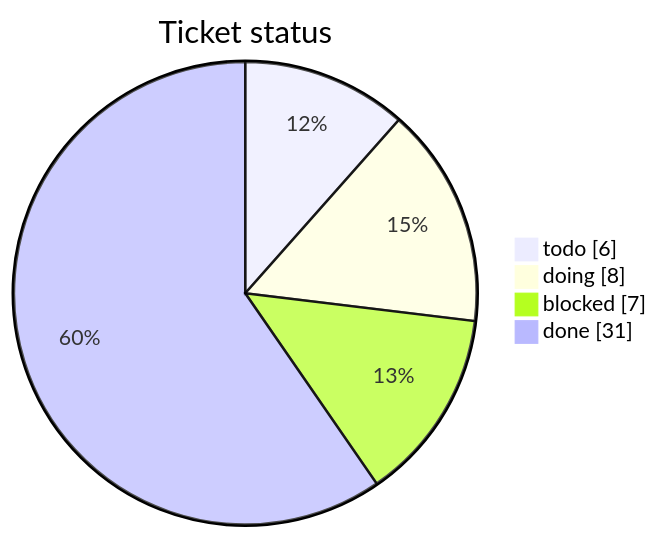
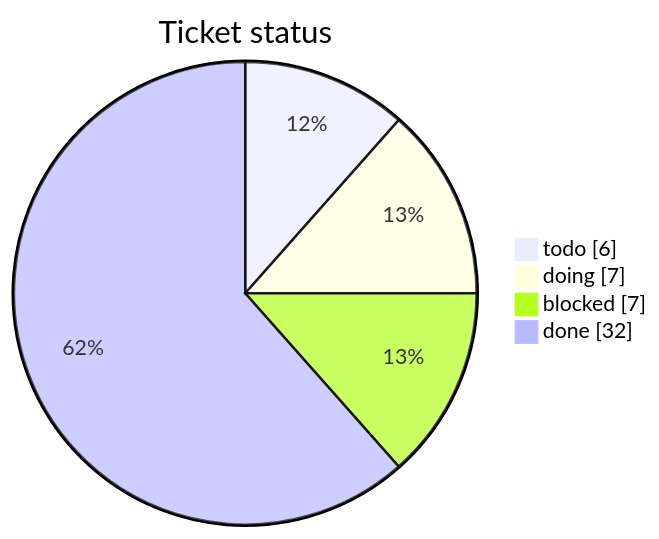
One commit to mohamed-soubhi/bootlab-esp changed the first of 3 diagrams in tickets/TICKETS.md. Above: the diagram before and after it, drawn with Mermaid. The commit also changed other lines of this file and 6 other files, not shown here.

````diff
--- a/tickets/TICKETS.md
+++ b/tickets/TICKETS.md
@@ -14,7 +14,7 @@
 ```mermaid
 pie showData title Ticket status
     "todo" : 6
-    "doing" : 8
+    "doing" : 7
     "blocked" : 7
-    "done" : 31
+    "done" : 32
 ```
````
